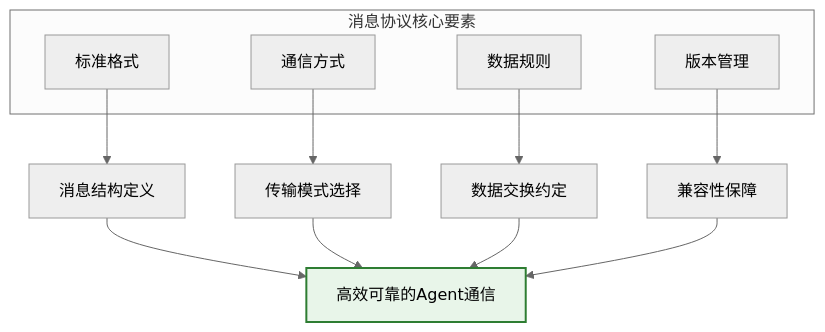
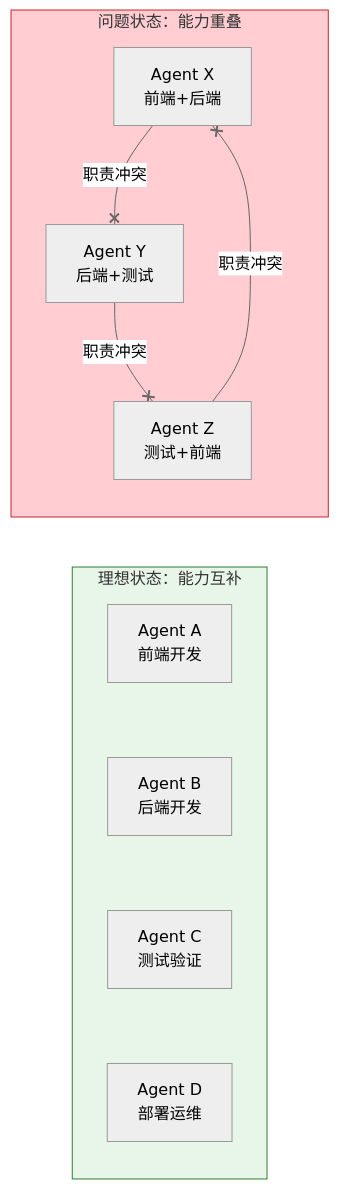
Before and after one commit to mansteinr/note-book: the fourth of 12 diagrams in agent/多Agent系统四大架构基石详解.md, drawn with Mermaid. The commit also changed other lines of this file and 2 other files, not shown here.

````diff
--- a/agent/多Agent系统四大架构基石详解.md
+++ b/agent/多Agent系统四大架构基石详解.md
@@ -1054,22 +290,27 @@
 ```mermaid
 %%{init: {'theme': 'neutral'}}%%
-flowchart TB
-    subgraph 消息协议核心要素
-        F[标准格式]
-        C[通信方式]
-        R[数据规则]
-        V[版本管理]
+flowchart LR
+    subgraph 理想状态[理想状态：能力互补]
+        direction TB
+        A1[Agent A<br/>前端开发]
+        A2[Agent B<br/>后端开发]
+        A3[Agent C<br/>测试验证]
+        A4[Agent D<br/>部署运维]
     end
-    
-    F --> B1[消息结构定义]
-    C --> B2[传输模式选择]
-    R --> B3[数据交换约定]
-    V --> B4[兼容性保障]
-    
-    B1 --> O[高效可靠的Agent通信]
-    B2 --> O
-    B3 --> O
-    B4 --> O
-    
-    style O fill:#e8f5e9,stroke:#2e7d32,stroke-width:2px
+
+    A1 ~~~ A2 ~~~ A3 ~~~ A4
+
+    subgraph 问题状态[问题状态：能力重叠]
+        direction TB
+        B1[Agent X<br/>前端+后端]
+        B2[Agent Y<br/>后端+测试]
+        B3[Agent Z<br/>测试+前端]
+    end
+
+    B1 --x|职责冲突| B2
+    B2 --x|职责冲突| B3
+    B3 --x|职责冲突| B1
+
+    style 理想状态 fill:#e8f5e9,stroke:#2e7d32
+    style 问题状态 fill:#ffcdd2,stroke:#c62828
 ```
````
